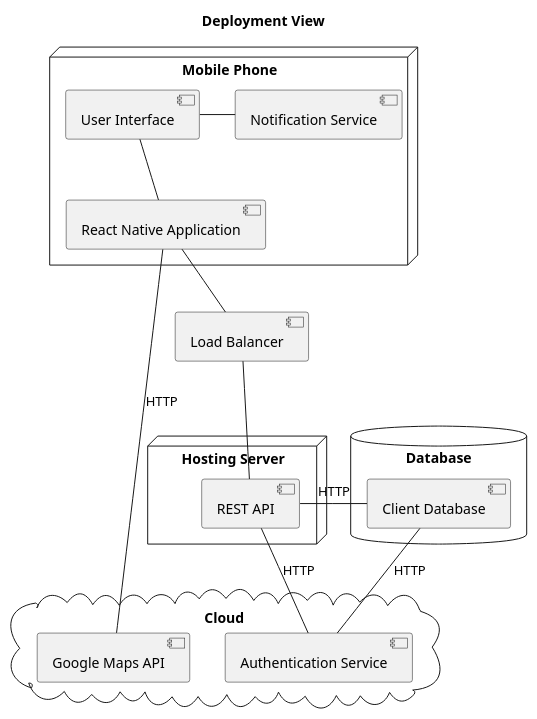
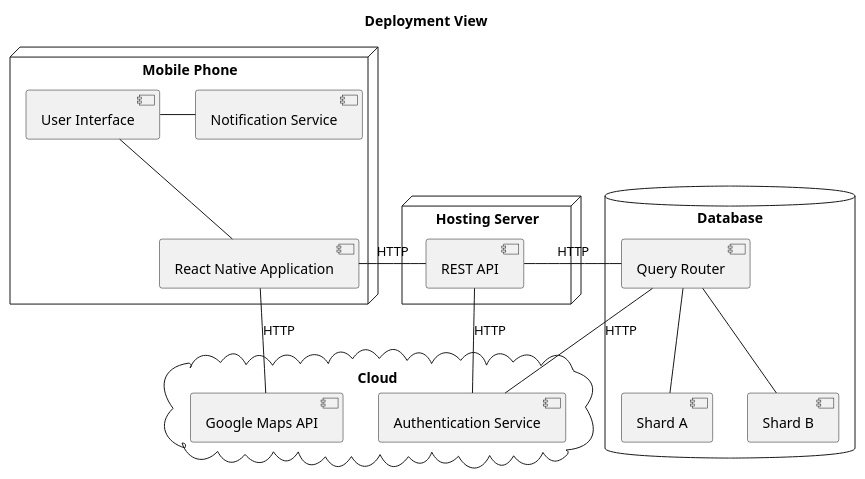
One commit to USI-MSDE-SA-2022/software-architecture-model-OttavioBuonomoUSI changed diagram 34 of 39 in src/sa/model/index.md. Above: the diagram before and after it, drawn with PlantUML. The commit also changed other lines of this file and 1 other file, not shown here.

````diff
--- a/src/sa/model/index.md
+++ b/src/sa/model/index.md
@@ -1995,31 +2193,33 @@
 ```puml
 @startuml
 title Deployment View
 node "Mobile Phone" {
  [User Interface] as UI
  [React Native Application] as RN
  [Notification Service] as NS
 }
 database "Database" {
- [Client Database] as DB
+   [Query Router] as QR
+   [Shard A] as SADB
+   [Shard B] as SBDB
 }
 node "Hosting Server" {
  [REST API] as RAPI
 }
 cloud "Cloud" {
  [Authentication Service] as AS
  [Google Maps API] as GMA
 }
 
-[Load Balancer] as LB
 
-DB -- AS: HTTP
+QR -- AS: HTTP
+QR -- SADB
+QR -- SBDB
 UI -- RN
 UI - NS
-RN -- LB
-LB -- RAPI
 RN - GMA: HTTP
-RAPI - DB: HTTP
+RAPI - QR: HTTP
 RAPI - AS: HTTP
+RN - RAPI: HTTP
 @enduml
 ```
````
